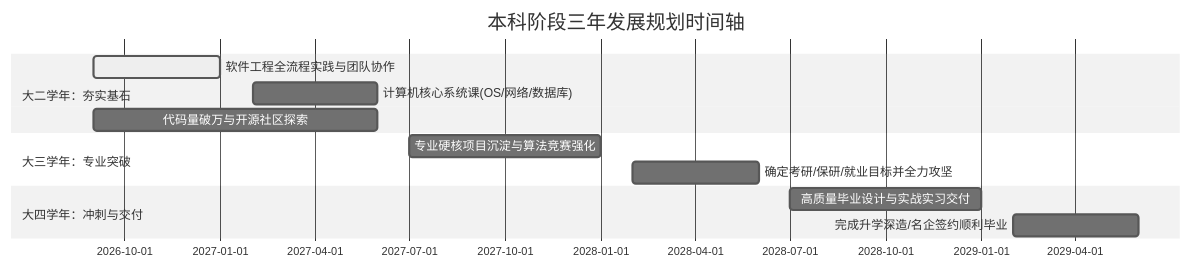
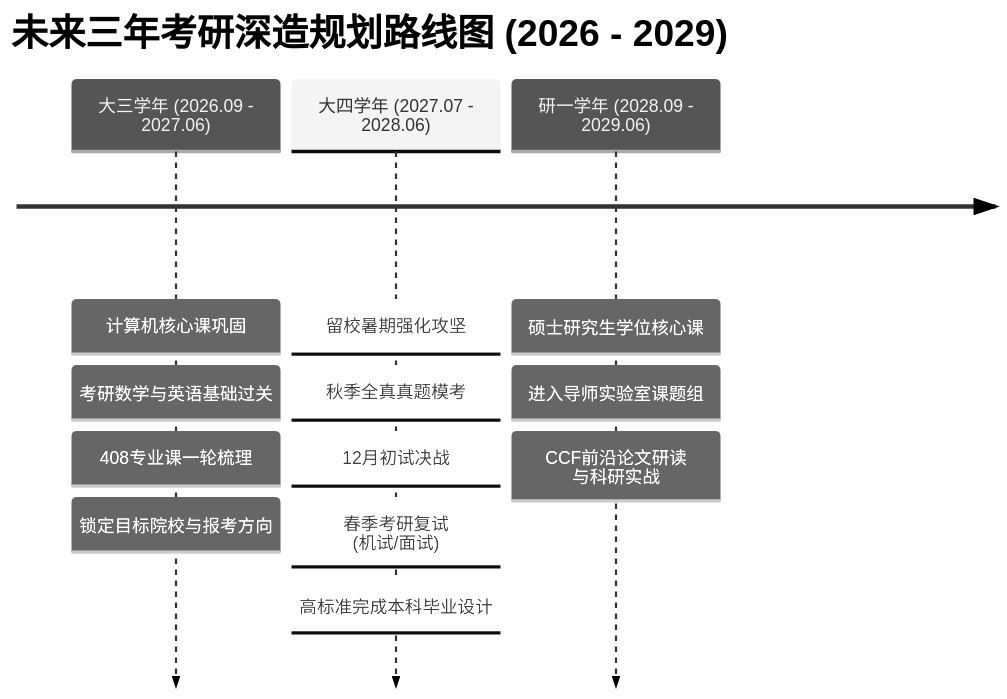
The diagram in README.md (King-Zhi/King-Zhi), drawn with Mermaid (neutral theme) before and after one commit. The commit also changed other lines of this file, not shown here.

````diff
--- a/README.md
+++ b/README.md
@@ -80,15 +79,7 @@
 ```mermaid
-gantt
-    title 本科阶段三年发展规划时间轴
-    dateFormat  YYYY-MM
-    section 大二学年：夯实基石
-    软件工程全流程实践与团队协作       :active, 2026-09, 2027-01
-    计算机核心系统课(OS/网络/数据库)   :2027-02, 2027-06
-    代码量破万与开源社区探索           :2026-09, 2027-06
-    section 大三学年：专业突破
-    专业硬核项目沉淀与算法竞赛强化     :2027-07, 2028-01
-    确定考研/保研/就业目标并全力攻坚   :2028-02, 2028-06
-    section 大四学年：冲刺与交付
-    高质量毕业设计与实战实习交付       :2028-07, 2029-01
-    完成升学深造/名企签约顺利毕业      :2029-02, 2029-06
+timeline
+    title 未来三年考研深造规划路线图 (2026 - 2029)
+    大三学年 (2026.09 - 2027.06) : 计算机核心课巩固 : 考研数学与英语基础过关 : 408专业课一轮梳理 : 锁定目标院校与报考方向
+    大四学年 (2027.07 - 2028.06) : 留校暑期强化攻坚 : 秋季全真真题模考 : 12月初试决战 : 春季考研复试 (机试/面试) : 高标准完成本科毕业设计
+    研一学年 (2028.09 - 2029.06) : 硕士研究生学位核心课 : 进入导师实验室课题组 : CCF前沿论文研读 与科研实战
 ```
````
